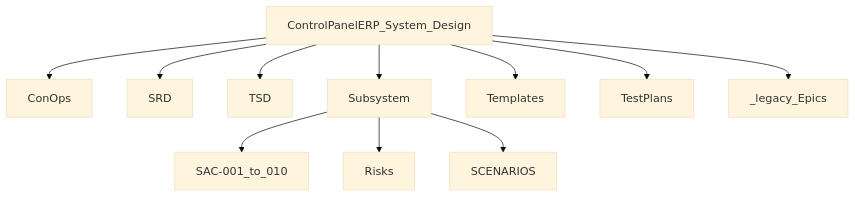
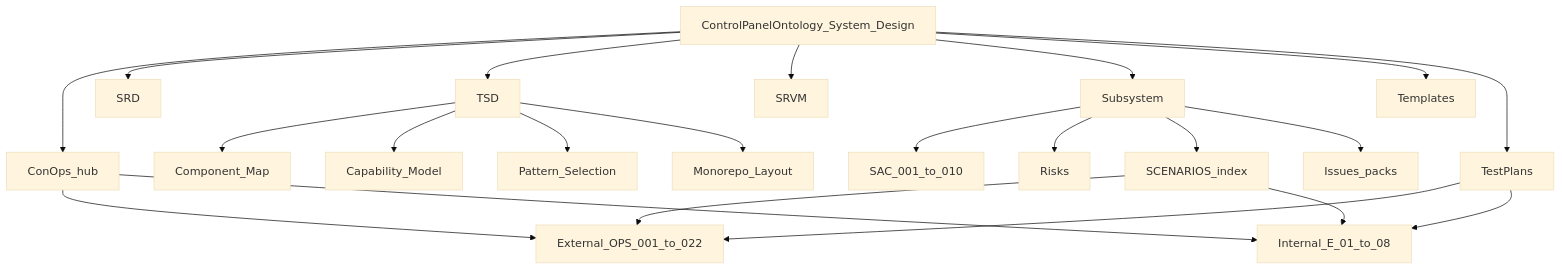
The diagram in docs/System_Design/DOCUMENT_TREE.md (llanesleonardo/controlPanelErpOdoo), drawn with Mermaid (base theme) before and after one commit. The commit also changed other lines of this file and 431 other files, not shown here.

First line of the commit message:
Align ControlPanelOntology to Foundry-shaped hub with SaaS/dedicated packaging.

````diff
--- a/docs/System_Design/DOCUMENT_TREE.md
+++ b/docs/System_Design/DOCUMENT_TREE.md
@@ -5,14 +5,30 @@
 ```mermaid
 flowchart TB
-  ROOT[ControlPanelERP_System_Design]
-  ROOT --> CONOPS[ConOps]
+  ROOT[ControlPanelOntology_System_Design]
+
+  ROOT --> CONOPS[ConOps_hub]
   ROOT --> SRD[SRD]
   ROOT --> TSD[TSD]
+  ROOT --> SRVM[SRVM]
   ROOT --> SUB[Subsystem]
   ROOT --> TPL[Templates]
   ROOT --> TP[TestPlans]
-  ROOT --> LEG[_legacy_Epics]
-  SUB --> SACS[SAC-001_to_010]
+
+  CONOPS --> OPS[External_OPS_001_to_022]
+  CONOPS --> E[Internal_E_01_to_08]
+
+  TSD --> CMAP[Component_Map]
+  TSD --> CAP[Capability_Model]
+  TSD --> PAT[Pattern_Selection]
+  TSD --> MONO[Monorepo_Layout]
+
+  SUB --> SACS[SAC_001_to_010]
   SUB --> RISKS[Risks]
-  SUB --> SCEN[SCENARIOS]
+  SUB --> SCEN[SCENARIOS_index]
+  SUB --> ISSUES[Issues_packs]
+
+  SCEN --> OPS
+  SCEN --> E
+  TP --> OPS
+  TP --> E
 ```
````
